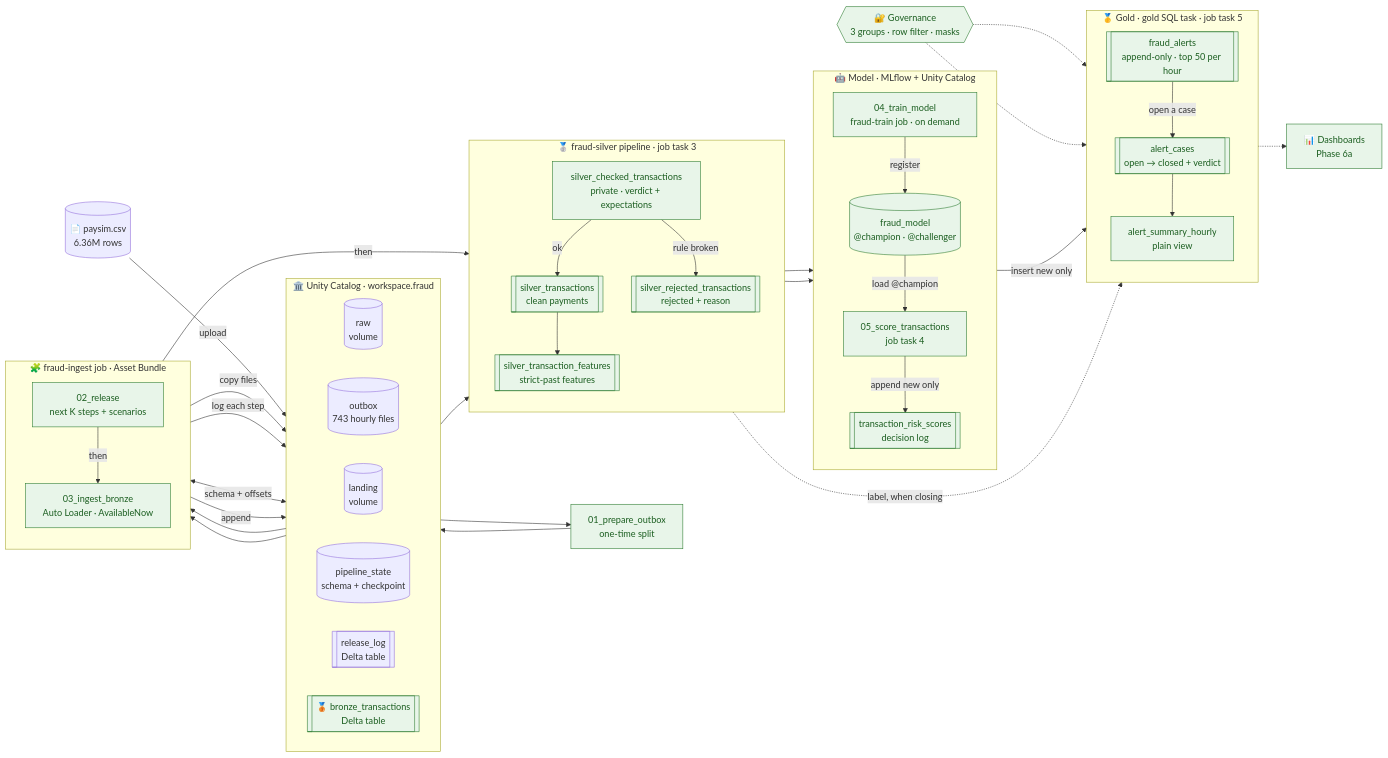
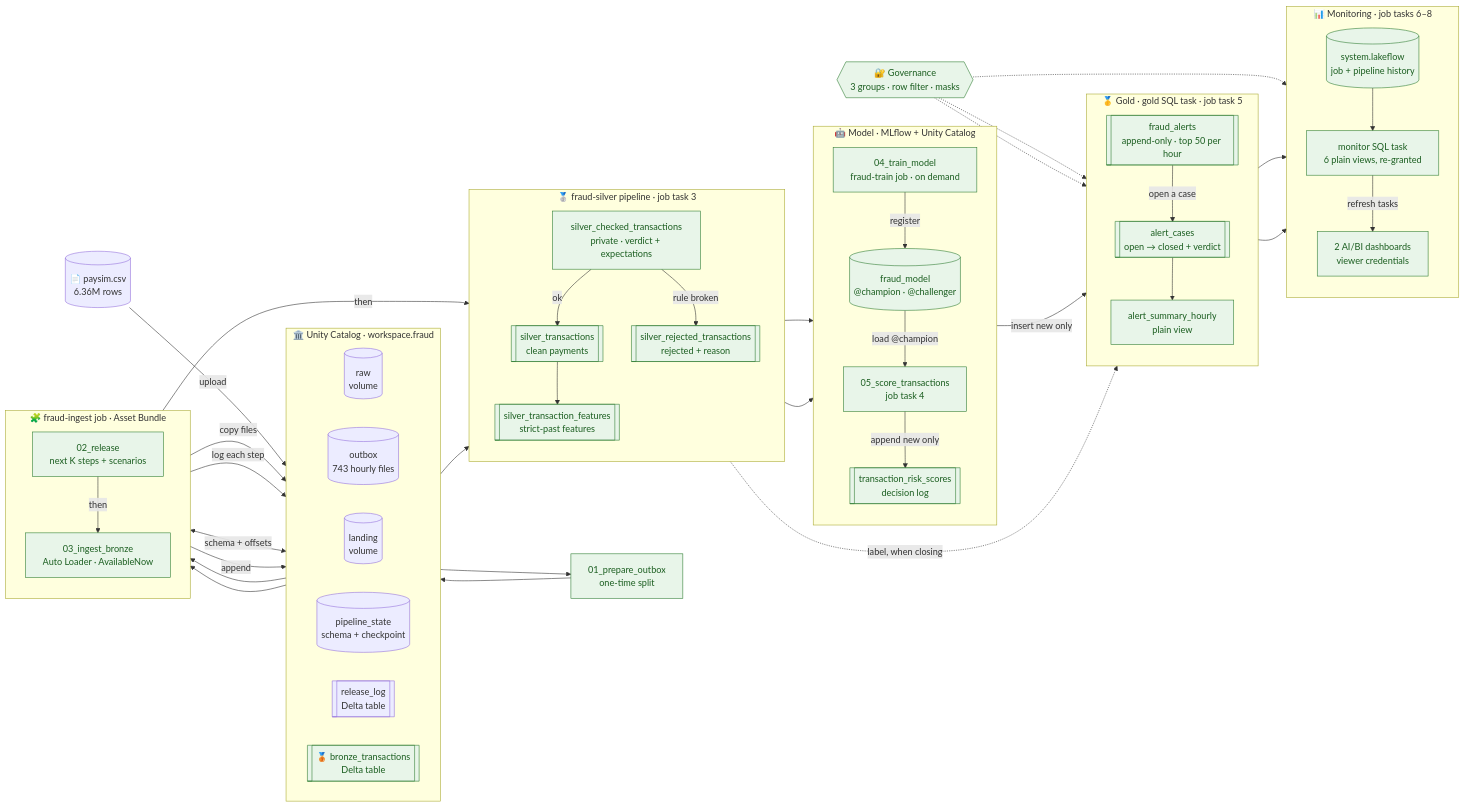
The diagram in README.md (deepan-mehta-analytics/databricks-fraud-detection), drawn with Mermaid before and after one commit. The commit also changed other lines of this file and 18 other files, not shown here.

````diff
--- a/README.md
+++ b/README.md
@@ -238,9 +242,20 @@
     GOV -.-> CASES
     GOV -.-> ALERTS
 
-    SUMMARY -.-> APP["📊 Dashboards<br/>Phase 6a"]
+    subgraph MON["📊 Monitoring · job tasks 6–8"]
+        direction TB
+        VIEWS["monitor SQL task<br/>6 plain views, re-granted"]
+        SYS[("system.lakeflow<br/>job + pipeline history")]
+        DASH["2 AI/BI dashboards<br/>viewer credentials"]
+        SYS --> VIEWS
+        VIEWS -->|refresh tasks| DASH
+    end
+
+    SUMMARY --> VIEWS
+    CASES --> VIEWS
+    GOV -.-> DASH
 
     classDef planned fill:#f5f5f5,stroke:#999,stroke-dasharray:4 3,color:#666
     classDef done fill:#e8f5e9,stroke:#2e7d32,color:#1b5e20
-    class REL,ING,SPLIT,BRONZE,CHK,CLEAN,REJ,FEAT,TRAIN,REG,SCORE,SCORES,ALERTS,CASES,SUMMARY,GOV,APP done
+    class REL,ING,SPLIT,BRONZE,CHK,CLEAN,REJ,FEAT,TRAIN,REG,SCORE,SCORES,ALERTS,CASES,SUMMARY,GOV,VIEWS,SYS,DASH done
 ```
````
